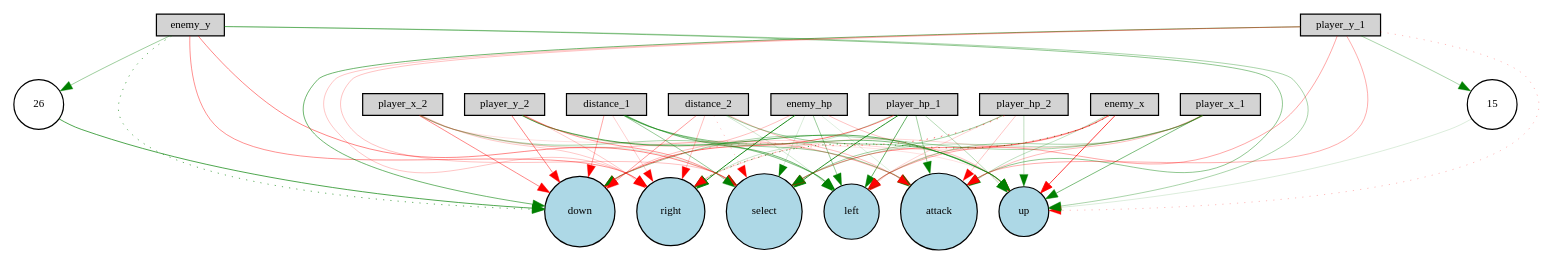
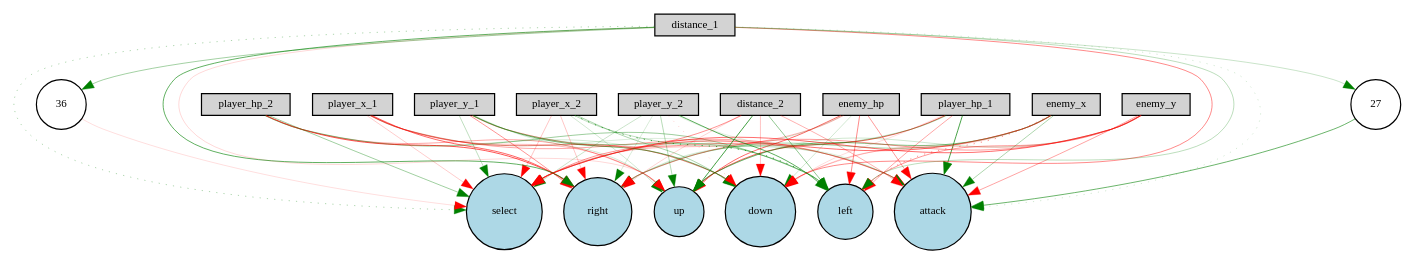
The diagram in neat/Digraph.gv (zxcvbnmditto/StarCraft2-Happy-Kitting), drawn with Graphviz before and after one commit. The commit also changed 24 other files, not shown here.

```diff
--- a/neat/Digraph.gv
+++ b/neat/Digraph.gv
@@ -1,91 +1,91 @@
 digraph {
 	node [fontsize=9 height=0.2 shape=circle width=0.2]
 	enemy_hp [fillcolor=lightgray shape=box style=filled]
 	player_hp_1 [fillcolor=lightgray shape=box style=filled]
 	player_hp_2 [fillcolor=lightgray shape=box style=filled]
 	enemy_x [fillcolor=lightgray shape=box style=filled]
 	enemy_y [fillcolor=lightgray shape=box style=filled]
 	player_x_1 [fillcolor=lightgray shape=box style=filled]
 	player_y_1 [fillcolor=lightgray shape=box style=filled]
 	player_x_2 [fillcolor=lightgray shape=box style=filled]
 	player_y_2 [fillcolor=lightgray shape=box style=filled]
 	distance_1 [fillcolor=lightgray shape=box style=filled]
 	distance_2 [fillcolor=lightgray shape=box style=filled]
 	attack [fillcolor=lightblue style=filled]
 	up [fillcolor=lightblue style=filled]
 	down [fillcolor=lightblue style=filled]
 	left [fillcolor=lightblue style=filled]
 	right [fillcolor=lightblue style=filled]
 	select [fillcolor=lightblue style=filled]
-	15 [fillcolor=white style=filled]
-	26 [fillcolor=white style=filled]
-	enemy_x -> select [color=red penwidth=0.38698031346786865 style=solid]
-	player_hp_1 -> down [color=red penwidth=0.4490893681124839 style=solid]
-	distance_1 -> down [color=red penwidth=0.29014430399085545 style=solid]
-	enemy_hp -> attack [color=green penwidth=0.11367357710879598 style=solid]
-	player_y_1 -> right [color=red penwidth=0.18633758786916343 style=solid]
-	distance_2 -> up [color=green penwidth=0.3202361571755441 style=solid]
-	enemy_y -> select [color=red penwidth=0.3887633236494368 style=solid]
-	player_x_1 -> left [color=green penwidth=0.27329270034019426 style=solid]
-	enemy_hp -> right [color=green penwidth=0.7514345858305291 style=solid]
-	player_y_2 -> down [color=red penwidth=0.3968842700325135 style=solid]
-	15 -> up [color=green penwidth=0.12191604830391616 style=solid]
-	enemy_x -> down [color=red penwidth=0.13985276075364883 style=solid]
-	player_y_1 -> attack [color=red penwidth=0.27386905084025803 style=solid]
-	distance_2 -> select [color=red penwidth=0.1954143436251588 style=dotted]
-	player_hp_1 -> select [color=green penwidth=0.6969814168319642 style=solid]
-	player_hp_2 -> left [color=red penwidth=0.1473241429542621 style=solid]
-	player_x_2 -> up [color=red penwidth=0.10071172239462861 style=solid]
-	player_x_2 -> right [color=red penwidth=0.1834082606755152 style=solid]
-	player_hp_1 -> attack [color=green penwidth=0.30450607914179295 style=solid]
-	distance_1 -> left [color=green penwidth=0.45152709228886323 style=solid]
-	player_hp_1 -> up [color=green penwidth=0.23751427412489223 style=solid]
-	enemy_y -> up [color=green penwidth=0.28392697969510405 style=solid]
-	distance_2 -> attack [color=red penwidth=0.22434584312962247 style=solid]
-	player_y_2 -> left [color=green penwidth=0.22277657488956037 style=solid]
-	player_x_1 -> attack [color=red penwidth=0.21702374715858658 style=solid]
-	enemy_x -> left [color=red penwidth=0.19271992225259763 style=solid]
-	distance_1 -> right [color=red penwidth=0.15501738652461672 style=solid]
-	distance_2 -> right [color=red penwidth=0.21433701554607704 style=solid]
-	enemy_y -> right [color=red penwidth=0.3564725903531569 style=solid]
-	player_x_1 -> right [color=red penwidth=0.13927880533302467 style=solid]
-	player_y_2 -> up [color=green penwidth=0.5247053268993935 style=solid]
-	player_y_1 -> 15 [color=green penwidth=0.2790229934930944 style=solid]
-	player_hp_2 -> down [color=red penwidth=0.2826314542954322 style=dotted]
-	player_y_1 -> left [color=red penwidth=0.29282203215349956 style=solid]
-	distance_1 -> attack [color=green penwidth=0.31992684297111973 style=solid]
-	player_x_2 -> down [color=red penwidth=0.38970786184706996 style=solid]
-	enemy_y -> attack [color=green penwidth=0.3638394244024814 style=solid]
-	enemy_y -> down [color=green penwidth=0.5010604066397815 style=dotted]
-	player_y_2 -> select [color=red penwidth=0.34422765254314036 style=solid]
-	player_x_1 -> up [color=green penwidth=0.42847785453861875 style=solid]
-	player_x_2 -> select [color=green penwidth=0.10007266225029568 style=solid]
-	enemy_hp -> down [color=red penwidth=0.21483567550594643 style=solid]
-	enemy_hp -> up [color=red penwidth=0.19525578870732563 style=solid]
-	distance_1 -> select [color=green penwidth=0.3405440262938695 style=solid]
-	distance_2 -> left [color=green penwidth=0.15160023827970176 style=solid]
-	player_hp_2 -> up [color=green penwidth=0.20731589110473675 style=solid]
-	player_x_1 -> select [color=green penwidth=0.19747864502014018 style=solid]
-	player_y_2 -> attack [color=red penwidth=0.12447989016080412 style=solid]
-	enemy_x -> attack [color=green penwidth=0.21448425224469328 style=solid]
-	player_y_1 -> down [color=green penwidth=0.465186915894074 style=solid]
-	distance_1 -> up [color=green penwidth=0.4219231446955084 style=solid]
-	26 -> down [color=green penwidth=0.5681741517192445 style=solid]
-	player_hp_2 -> select [color=green penwidth=0.30908460804070215 style=solid]
-	player_y_2 -> right [color=red penwidth=0.1823384676994114 style=solid]
-	enemy_y -> 26 [color=green penwidth=0.3249023472793827 style=solid]
-	enemy_x -> right [color=green penwidth=0.5959088492154847 style=dotted]
-	enemy_hp -> select [color=green penwidth=0.12604019670168257 style=solid]
-	player_hp_1 -> left [color=green penwidth=0.5017174859692495 style=solid]
-	player_y_1 -> select [color=red penwidth=0.203028684926056 style=solid]
-	distance_2 -> down [color=red penwidth=0.31593917385277576 style=solid]
-	player_x_2 -> left [color=green penwidth=0.2848425841397505 style=solid]
-	player_hp_2 -> attack [color=red penwidth=0.1914934637723808 style=solid]
-	player_x_1 -> down [color=green penwidth=0.2756870508232805 style=solid]
-	enemy_hp -> left [color=green penwidth=0.329646341592156 style=solid]
-	enemy_x -> up [color=red penwidth=0.6254166150970178 style=solid]
-	player_y_1 -> up [color=red penwidth=0.22095265374058326 style=dotted]
-	player_hp_1 -> right [color=green penwidth=0.17874631902662313 style=solid]
-	player_hp_2 -> right [color=red penwidth=0.3023141189335966 style=dotted]
-	player_x_2 -> attack [color=red penwidth=0.21906156285276393 style=solid]
+	36 [fillcolor=white style=filled]
+	27 [fillcolor=white style=filled]
+	enemy_x -> select [color=red penwidth=0.4734725662106002 style=solid]
+	player_hp_1 -> down [color=red penwidth=0.11835437704735594 style=solid]
+	distance_1 -> down [color=red penwidth=0.38243331952148185 style=solid]
+	enemy_hp -> attack [color=red penwidth=0.3273161835592103 style=solid]
+	player_y_1 -> right [color=red penwidth=0.3478506626704481 style=solid]
+	distance_1 -> 27 [color=green penwidth=0.17559822762684152 style=solid]
+	distance_2 -> up [color=green penwidth=0.6065796366103047 style=solid]
+	enemy_y -> select [color=red penwidth=0.47316024335445594 style=solid]
+	player_x_1 -> left [color=green penwidth=0.1192796792060378 style=solid]
+	enemy_hp -> right [color=green penwidth=0.1377749162424104 style=solid]
+	player_y_2 -> down [color=red penwidth=0.15099819494855765 style=dotted]
+	enemy_x -> down [color=red penwidth=0.18210612259503456 style=solid]
+	player_y_1 -> attack [color=red penwidth=0.35446697272003136 style=solid]
+	distance_2 -> select [color=red penwidth=0.3593730612173236 style=solid]
+	player_hp_1 -> select [color=green penwidth=0.14867980036857342 style=solid]
+	player_hp_2 -> left [color=green penwidth=0.31520262900056795 style=solid]
+	player_x_2 -> up [color=green penwidth=0.1467737675617671 style=solid]
+	player_x_2 -> right [color=red penwidth=0.19232759624503654 style=solid]
+	player_hp_1 -> attack [color=green penwidth=0.5909780790733303 style=solid]
+	distance_1 -> left [color=green penwidth=0.21609581829930594 style=solid]
+	player_hp_1 -> left [color=red penwidth=0.28733718877312864 style=solid]
+	enemy_hp -> up [color=red penwidth=0.4947619422448196 style=solid]
+	enemy_y -> up [color=green penwidth=0.16117983084986287 style=solid]
+	distance_2 -> attack [color=red penwidth=0.2635249062695104 style=solid]
+	player_y_2 -> left [color=green penwidth=0.5301479092453258 style=solid]
+	player_x_1 -> attack [color=red penwidth=0.2922451708352138 style=solid]
+	enemy_x -> left [color=red penwidth=0.3749475747841644 style=dotted]
+	enemy_y -> left [color=red penwidth=0.3392847187393663 style=solid]
+	distance_1 -> right [color=green penwidth=0.5098163850890375 style=solid]
+	distance_2 -> right [color=red penwidth=0.1497261906424841 style=solid]
+	enemy_y -> right [color=red penwidth=0.3237652523004493 style=solid]
+	player_x_1 -> right [color=red penwidth=0.49786329135776086 style=solid]
+	player_y_2 -> up [color=green penwidth=0.23522544414144586 style=solid]
+	player_hp_2 -> down [color=green penwidth=0.1528116191208268 style=solid]
+	player_y_1 -> left [color=green penwidth=0.2852108466283426 style=solid]
+	distance_1 -> attack [color=green penwidth=0.15227974053975646 style=dotted]
+	player_x_2 -> down [color=green penwidth=0.27112172317611793 style=solid]
+	enemy_y -> attack [color=red penwidth=0.3020151918213413 style=solid]
+	27 -> attack [color=green penwidth=0.48419688321800125 style=solid]
+	player_y_2 -> select [color=green penwidth=0.17573079625539872 style=solid]
+	player_x_1 -> up [color=red penwidth=0.22531042929704395 style=solid]
+	player_x_2 -> select [color=red penwidth=0.1942139643067293 style=solid]
+	enemy_hp -> down [color=green penwidth=0.15001945460116914 style=solid]
+	player_hp_1 -> up [color=red penwidth=0.5164051398090452 style=solid]
+	distance_1 -> select [color=green penwidth=0.2705471592417821 style=dotted]
+	distance_2 -> left [color=green penwidth=0.35907983458063597 style=solid]
+	player_hp_2 -> up [color=red penwidth=0.29256659541057217 style=solid]
+	player_x_1 -> select [color=red penwidth=0.17106009863807817 style=solid]
+	player_y_2 -> attack [color=green penwidth=0.10123227776533711 style=solid]
+	enemy_x -> attack [color=green penwidth=0.2696635033561612 style=solid]
+	player_y_1 -> down [color=green penwidth=0.42684084016054114 style=solid]
+	distance_1 -> up [color=red penwidth=0.13438679607544113 style=solid]
+	player_hp_2 -> select [color=green penwidth=0.3139625447455417 style=solid]
+	player_y_2 -> right [color=green penwidth=0.13266055324602474 style=solid]
+	enemy_hp -> select [color=red penwidth=0.23908065904882073 style=solid]
+	enemy_x -> right [color=green penwidth=0.28056100338890333 style=solid]
+	distance_1 -> 36 [color=green penwidth=0.30000000000000004 style=solid]
+	enemy_hp -> left [color=red penwidth=0.38258630885990774 style=solid]
+	player_y_1 -> select [color=green penwidth=0.21298290368660894 style=solid]
+	distance_2 -> down [color=red penwidth=0.198060684851587 style=solid]
+	player_x_2 -> left [color=green penwidth=0.5970344290089238 style=dotted]
+	player_x_1 -> down [color=red penwidth=0.4122093407597045 style=solid]
+	36 -> select [color=red penwidth=0.10926285344403078 style=solid]
+	enemy_x -> up [color=green penwidth=0.4061229294784914 style=solid]
+	player_y_1 -> up [color=green penwidth=0.13641950575084477 style=solid]
+	player_hp_1 -> right [color=green penwidth=0.16670075867098394 style=solid]
+	player_hp_2 -> right [color=red penwidth=0.5581799304079762 style=solid]
+	player_x_2 -> attack [color=green penwidth=0.21184474816647914 style=solid]
+	enemy_y -> down [color=red penwidth=0.17770253488501825 style=solid]
 }
```
